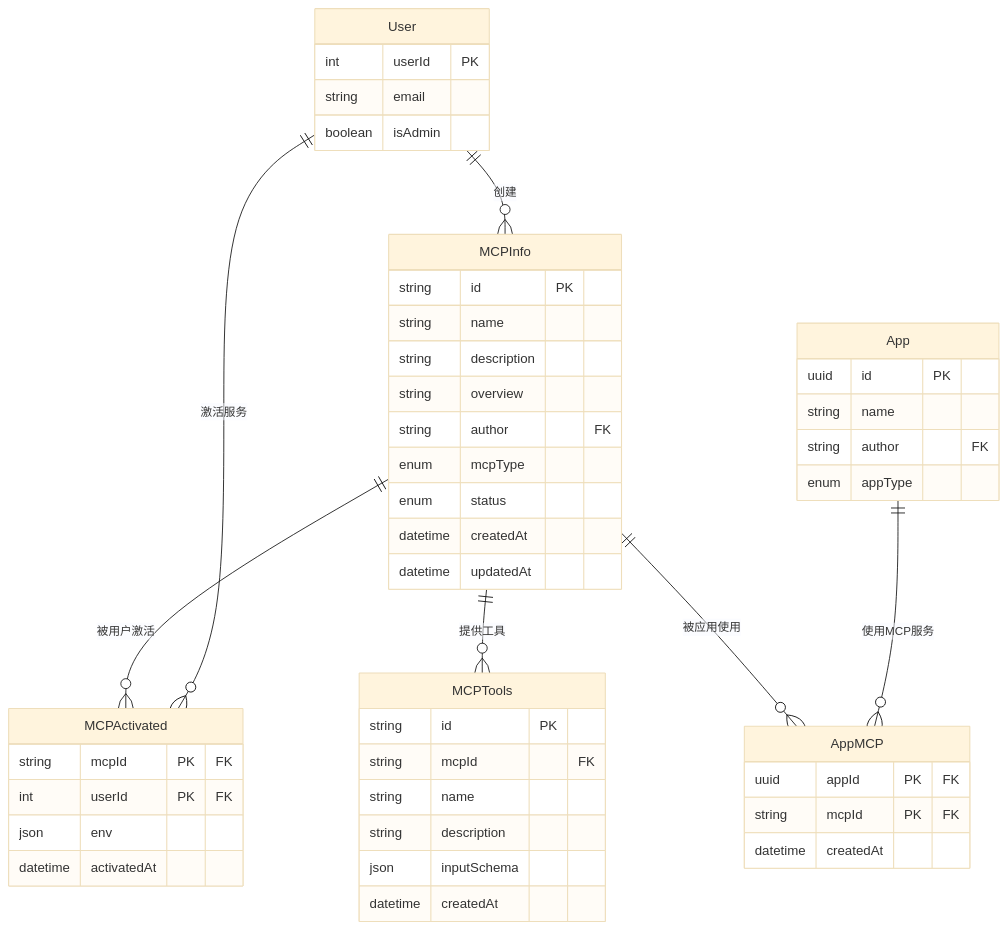
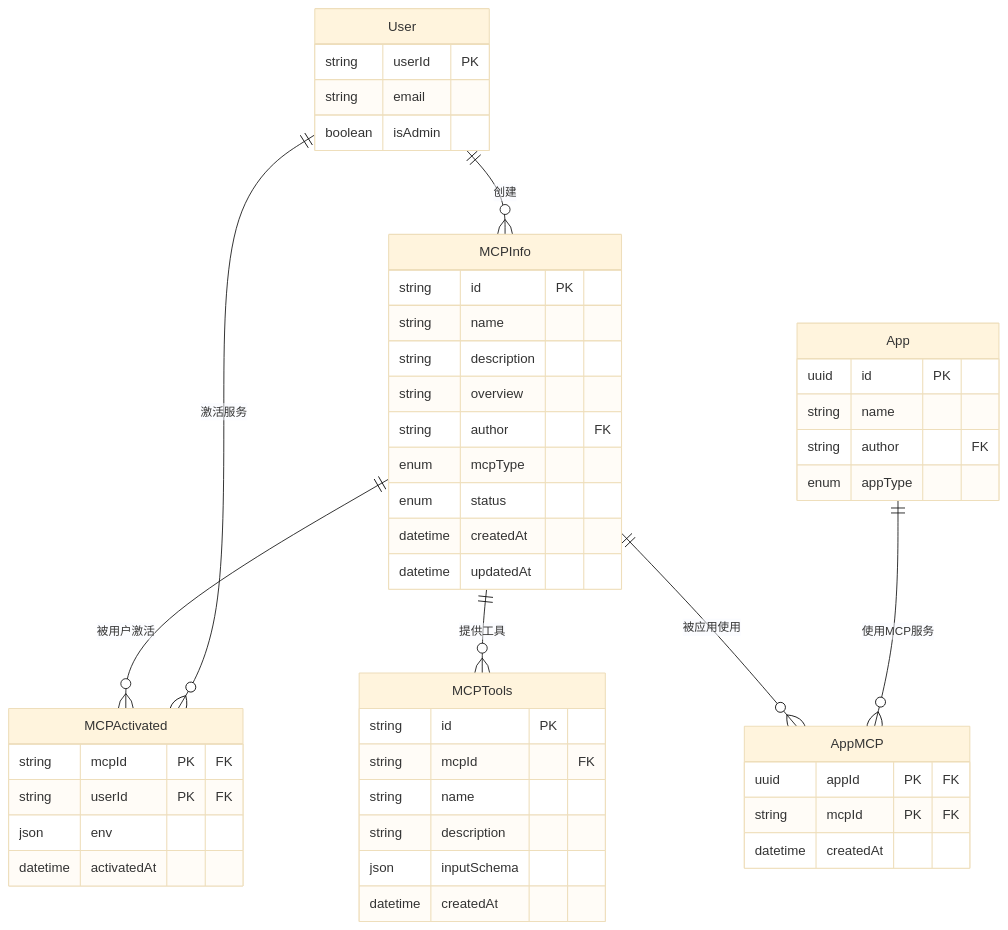
One commit to openeuler-mirror/euler-copilot-framework changed the seventh of 9 diagrams in design/services/mcp_service.md. Above: the diagram before and after it, drawn with Mermaid (base theme). The commit also changed 18 other files, not shown here.

````diff
--- a/design/services/mcp_service.md
+++ b/design/services/mcp_service.md
@@ -1027,56 +1027,56 @@
 ```mermaid
 erDiagram
     MCPInfo ||--o{ MCPActivated : "被用户激活"
     MCPInfo ||--o{ MCPTools : "提供工具"
     MCPInfo ||--o{ AppMCP : "被应用使用"
     User ||--o{ MCPInfo : "创建"
     User ||--o{ MCPActivated : "激活服务"
     App ||--o{ AppMCP : "使用MCP服务"
 
     MCPInfo {
         string id PK
         string name
         string description
         string overview
         string author "FK"
         enum mcpType
         enum status
         datetime createdAt
         datetime updatedAt
     }
 
     MCPActivated {
         string mcpId PK "FK"
-        int userId PK "FK"
+        string userId PK "FK"
         json env
         datetime activatedAt
     }
 
     MCPTools {
         string id PK
         string mcpId "FK"
         string name
         string description
         json inputSchema
         datetime createdAt
     }
 
     AppMCP {
         uuid appId PK "FK"
         string mcpId PK "FK"
         datetime createdAt
     }
 
     User {
-        int userId PK
+        string userId PK
         string email
         boolean isAdmin
     }
 
     App {
         uuid id PK
         string name
         string author "FK"
         enum appType
     }
 ```
````
